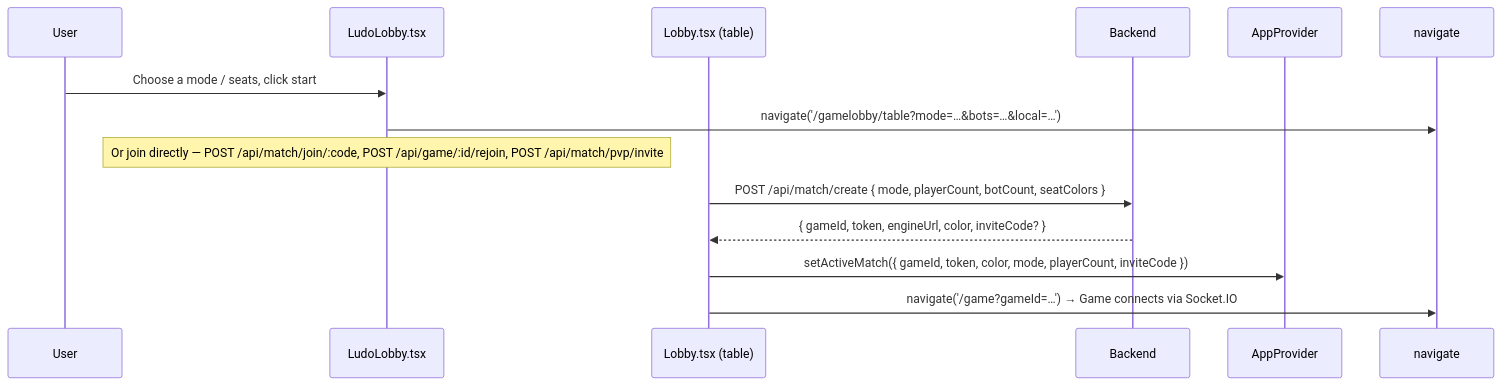
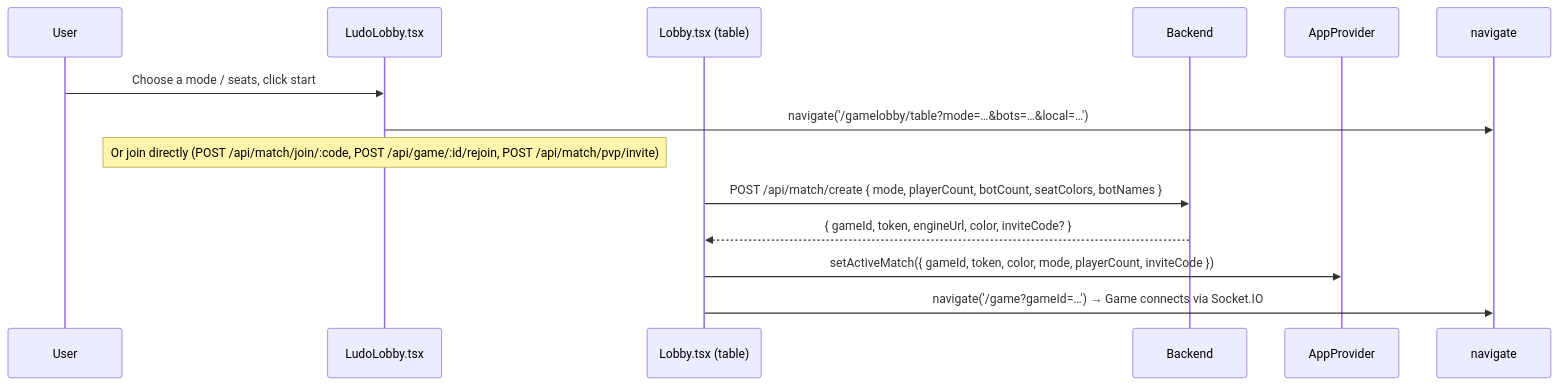
Before and after one commit to J00ZzZ/ft_transcendence: the second of 2 diagrams in docs/frontend/frontend-lobby-module.md, drawn with Mermaid. The commit also changed other lines of this file and 49 other files, not shown here.

Commit message:
Feature: Bot labels: seats now show the lobby's bot name (identity stays bot-<color>). Docs: updated to match.

````diff
--- a/docs/frontend/frontend-lobby-module.md
+++ b/docs/frontend/frontend-lobby-module.md
@@ -101,17 +107,17 @@
 ```mermaid
 sequenceDiagram
     participant User
     participant Lobby as LudoLobby.tsx
     participant Table as Lobby.tsx (table)
     participant API as Backend
     participant Store as AppProvider
     participant Router as navigate
 
     User->>Lobby: Choose a mode / seats, click start
     Lobby->>Router: navigate('/gamelobby/table?mode=…&bots=…&local=…')
-    Note over Lobby: Or join directly — POST /api/match/join/:code, POST /api/game/:id/rejoin, POST /api/match/pvp/invite
-    Table->>API: POST /api/match/create { mode, playerCount, botCount, seatColors }
+    Note over Lobby: Or join directly (POST /api/match/join/:code, POST /api/game/:id/rejoin, POST /api/match/pvp/invite)
+    Table->>API: POST /api/match/create { mode, playerCount, botCount, seatColors, botNames }
     API-->>Table: { gameId, token, engineUrl, color, inviteCode? }
     Table->>Store: setActiveMatch({ gameId, token, color, mode, playerCount, inviteCode })
     Table->>Router: navigate('/game?gameId=…') → Game connects via Socket.IO
 ```
````
